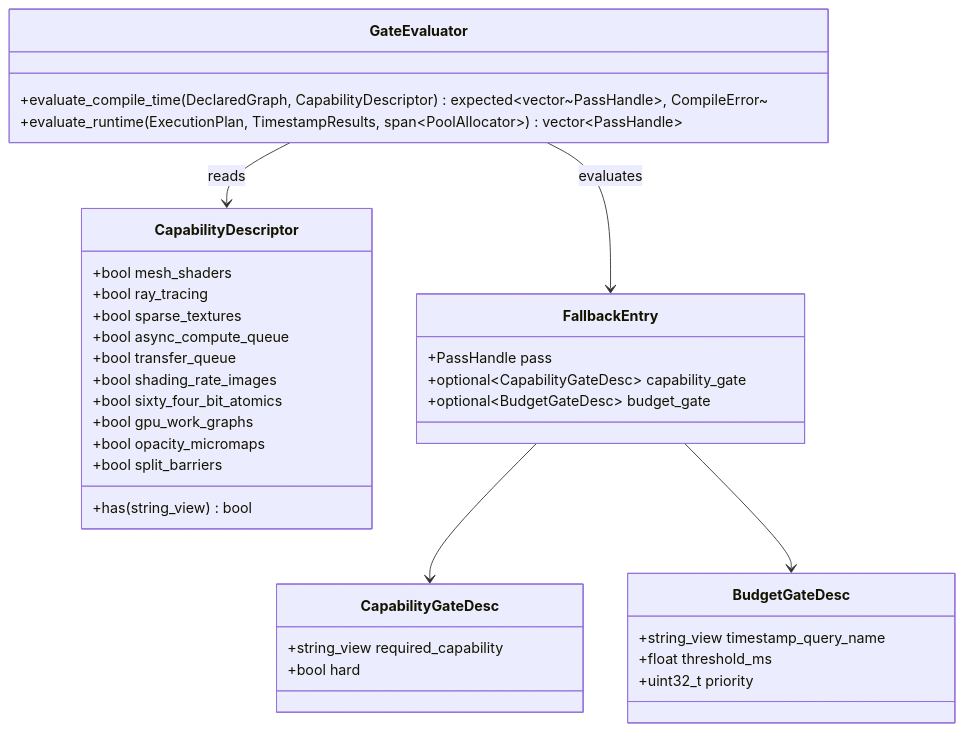
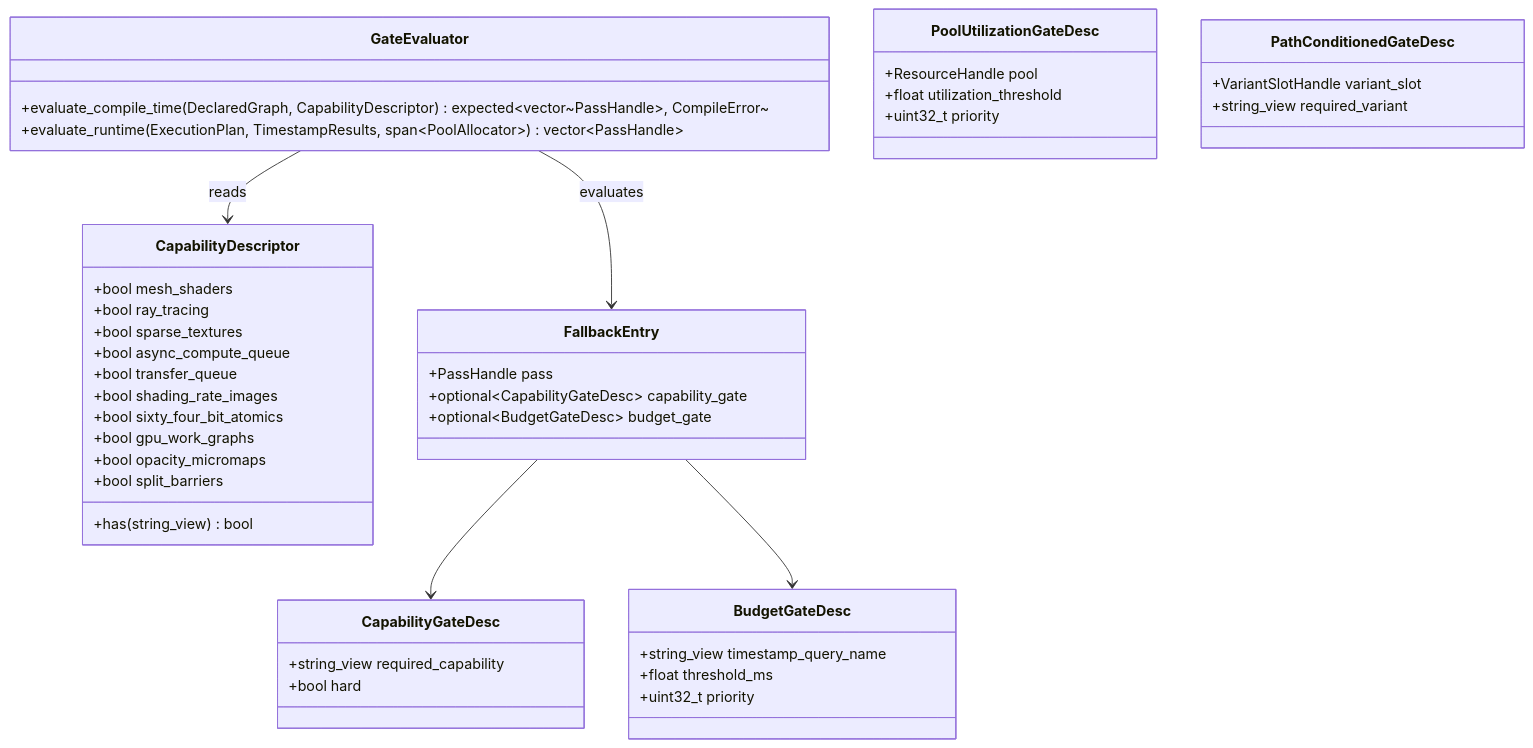
Before and after one commit to harmonius-dev/harmonius: the sixth of 15 diagrams in docs/design/render-graph-classes.md, drawn with Mermaid. The commit also changed other lines of this file and 26 other files, not shown here.

Commit message:
Add class diagrams and update CMake config

````diff
--- a/docs/design/render-graph-classes.md
+++ b/docs/design/render-graph-classes.md
@@ -378,39 +522,48 @@
 ```mermaid
 classDiagram
     class GateEvaluator {
         +evaluate_compile_time(DeclaredGraph, CapabilityDescriptor) expected~vector~PassHandle~, CompileError~
         +evaluate_runtime(ExecutionPlan, TimestampResults, span~PoolAllocator~) vector~PassHandle~
     }
     class CapabilityDescriptor {
         +bool mesh_shaders
         +bool ray_tracing
         +bool sparse_textures
         +bool async_compute_queue
         +bool transfer_queue
         +bool shading_rate_images
         +bool sixty_four_bit_atomics
         +bool gpu_work_graphs
         +bool opacity_micromaps
         +bool split_barriers
         +has(string_view) bool
     }
     class CapabilityGateDesc {
         +string_view required_capability
         +bool hard
     }
     class BudgetGateDesc {
         +string_view timestamp_query_name
         +float threshold_ms
         +uint32_t priority
     }
+    class PoolUtilizationGateDesc {
+        +ResourceHandle pool
+        +float utilization_threshold
+        +uint32_t priority
+    }
     class FallbackEntry {
         +PassHandle pass
         +optional~CapabilityGateDesc~ capability_gate
         +optional~BudgetGateDesc~ budget_gate
+    }
+    class PathConditionedGateDesc {
+        +VariantSlotHandle variant_slot
+        +string_view required_variant
     }
 
     GateEvaluator --> CapabilityDescriptor : reads
     GateEvaluator --> FallbackEntry : evaluates
     FallbackEntry --> CapabilityGateDesc
     FallbackEntry --> BudgetGateDesc
 ```
````
